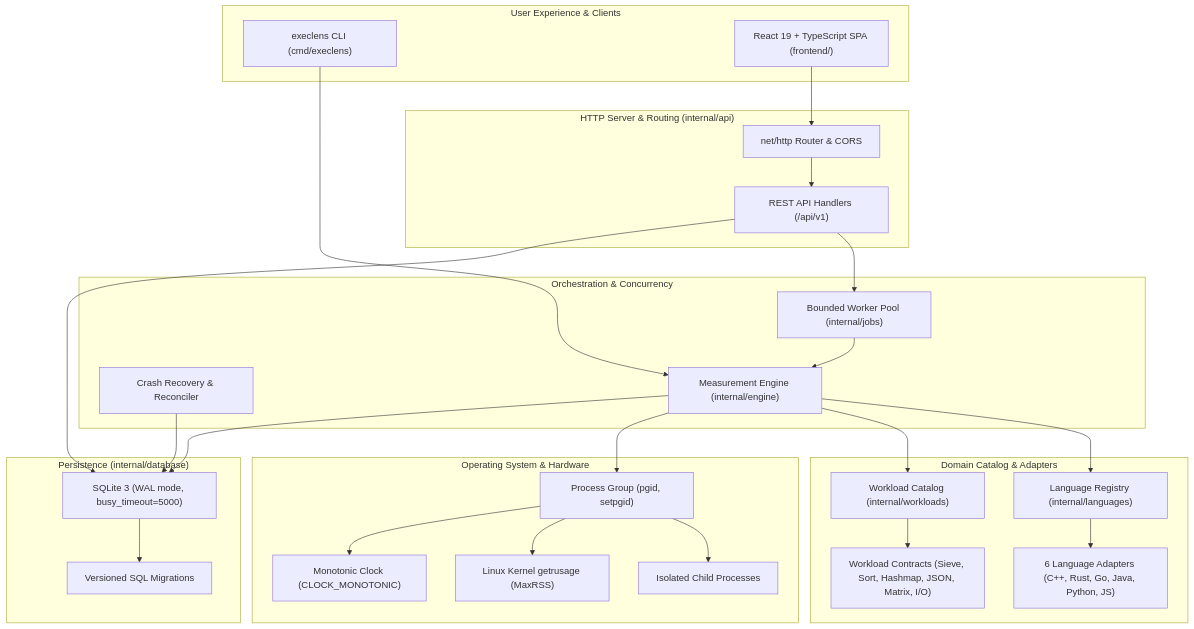
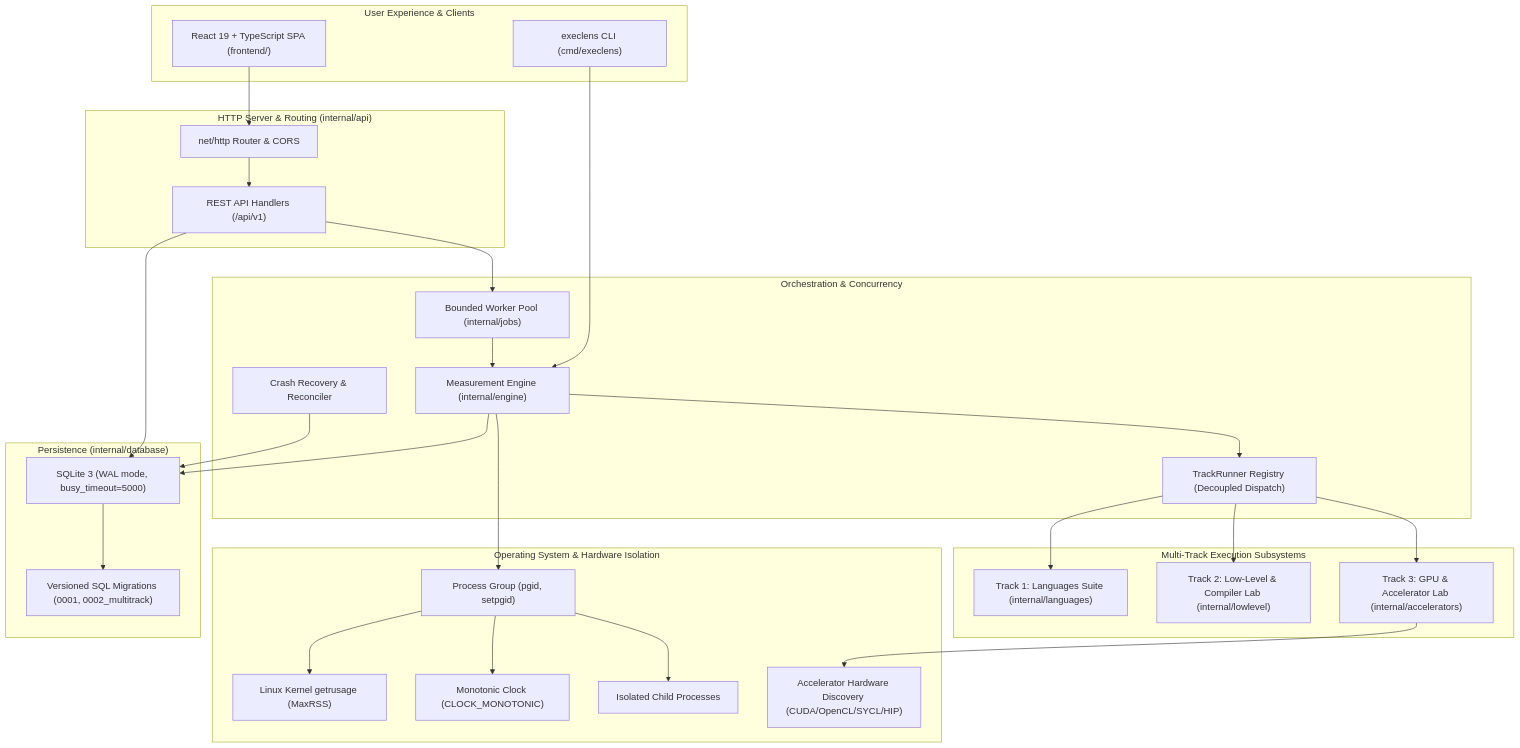
Before and after one commit to Jainam1673/execlens: the diagram in docs/ARCHITECTURE.md, drawn with Mermaid. The commit also changed other lines of this file and 34 other files, not shown here.

````diff
--- a/docs/ARCHITECTURE.md
+++ b/docs/ARCHITECTURE.md
@@ -7,55 +7,57 @@
 ```mermaid
 flowchart TD
     subgraph UI ["User Experience & Clients"]
         CLI["execlens CLI (cmd/execlens)"]
         SPA["React 19 + TypeScript SPA (frontend/)"]
     end
 
     subgraph API ["HTTP Server & Routing (internal/api)"]
         Router["net/http Router & CORS"]
         Handlers["REST API Handlers (/api/v1)"]
     end
 
     subgraph Core ["Orchestration & Concurrency"]
         Pool["Bounded Worker Pool (internal/jobs)"]
         Reconcile["Crash Recovery & Reconciler"]
         Engine["Measurement Engine (internal/engine)"]
+        TrackRegistry["TrackRunner Registry (Decoupled Dispatch)"]
     end
 
-    subgraph Domain ["Domain Catalog & Adapters"]
-        LangReg["Language Registry (internal/languages)"]
-        Adapters["6 Language Adapters (C++, Rust, Go, Java, Python, JS)"]
-        WorkloadReg["Workload Catalog (internal/workloads)"]
-        Contracts["Workload Contracts (Sieve, Sort, Hashmap, JSON, Matrix, I/O)"]
+    subgraph Tracks ["Multi-Track Execution Subsystems"]
+        LangTrack["Track 1: Languages Suite (internal/languages)"]
+        LowLevelTrack["Track 2: Low-Level & Compiler Lab (internal/lowlevel)"]
+        GPUTrack["Track 3: GPU & Accelerator Lab (internal/accelerators)"]
     end
 
-    subgraph System ["Operating System & Hardware"]
+    subgraph System ["Operating System & Hardware Isolation"]
         Proc["Process Group (pgid, setpgid)"]
         KernelUsage["Linux Kernel getrusage (MaxRSS)"]
         MonoClock["Monotonic Clock (CLOCK_MONOTONIC)"]
         Subprocess["Isolated Child Processes"]
+        HardwareDiscovery["Accelerator Hardware Discovery (CUDA/OpenCL/SYCL/HIP)"]
     end
 
     subgraph Storage ["Persistence (internal/database)"]
         SQLite["SQLite 3 (WAL mode, busy_timeout=5000)"]
-        Migrations["Versioned SQL Migrations"]
+        Migrations["Versioned SQL Migrations (0001, 0002_multitrack)"]
     end
 
     CLI --> Engine
     SPA --> Router
     Router --> Handlers
     Handlers --> Pool
     Pool --> Engine
-    Engine --> LangReg
-    Engine --> WorkloadReg
-    LangReg --> Adapters
-    WorkloadReg --> Contracts
+    Engine --> TrackRegistry
+    TrackRegistry --> LangTrack
+    TrackRegistry --> LowLevelTrack
+    TrackRegistry --> GPUTrack
     Engine --> Proc
     Proc --> Subprocess
     Proc --> KernelUsage
     Proc --> MonoClock
+    GPUTrack --> HardwareDiscovery
     Handlers --> SQLite
     Engine --> SQLite
     Reconcile --> SQLite
     SQLite --> Migrations
 ```
````
